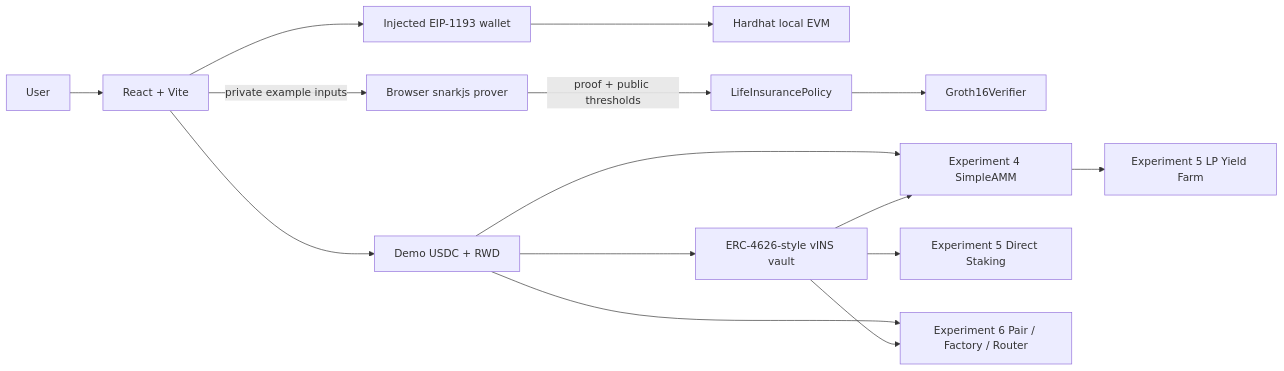
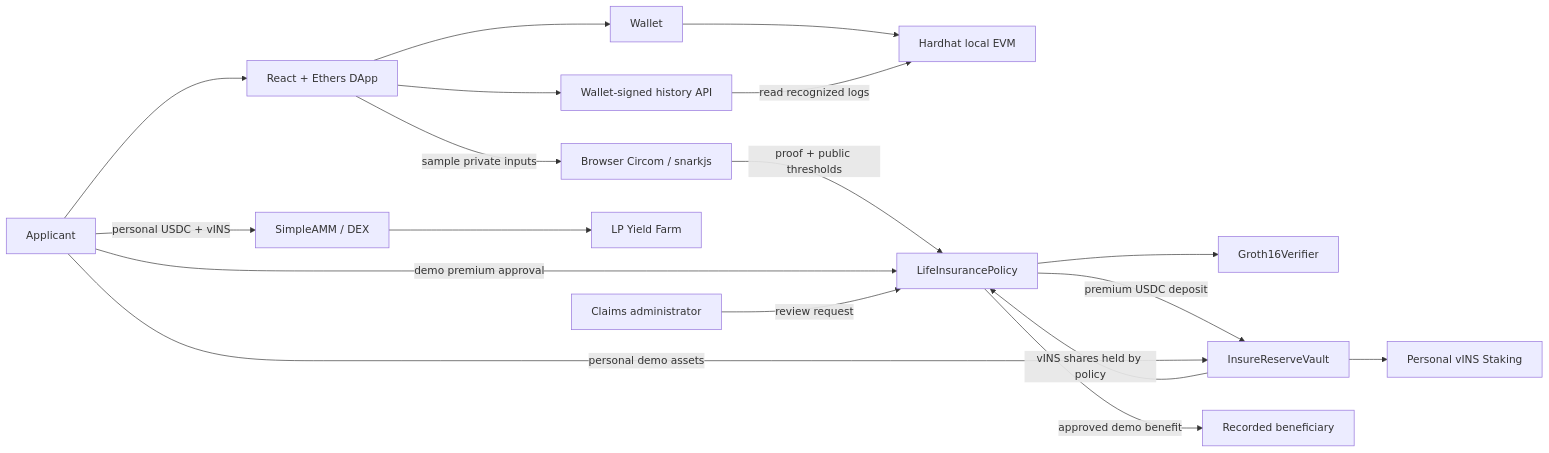
One commit to Udasi05/InsureChain changed the diagram in PROJECT_ARCHITECTURE.md. Above: the diagram before and after it, drawn with Mermaid. The commit also changed other lines of this file and 16 other files, not shown here.

````diff
--- a/PROJECT_ARCHITECTURE.md
+++ b/PROJECT_ARCHITECTURE.md
@@ -9,17 +11,20 @@
 ```mermaid
 flowchart LR
-  U[User] --> UI[React + Vite]
-  UI --> W[Injected EIP-1193 wallet]
+  U[Applicant] --> UI[React + Ethers DApp]
+  UI --> W[Wallet]
   W --> EVM[Hardhat local EVM]
-  UI -->|private example inputs| P[Browser snarkjs prover]
+  UI -->|sample private inputs| P[Browser Circom / snarkjs]
   P -->|proof + public thresholds| LI[LifeInsurancePolicy]
   LI --> V[Groth16Verifier]
-  UI --> T[Demo USDC + RWD]
-  T --> VAULT[ERC-4626-style vINS vault]
-  T --> AMM[Experiment 4 SimpleAMM]
-  VAULT --> AMM
-  AMM --> FARM[Experiment 5 LP Yield Farm]
-  VAULT --> STAKE[Experiment 5 Direct Staking]
-  T --> DEX[Experiment 6 Pair / Factory / Router]
-  VAULT --> DEX
+  U -->|demo premium approval| LI
+  LI -->|premium USDC deposit| RV[InsureReserveVault]
+  RV -->|vINS shares held by policy| LI
+  A[Claims administrator] -->|review request| LI
+  LI -->|approved demo benefit| B[Recorded beneficiary]
+  U -->|personal demo assets| RV
+  U -->|personal USDC + vINS| AMM[SimpleAMM / DEX]
+  AMM --> FARM[LP Yield Farm]
+  RV --> STAKE[Personal vINS Staking]
+  UI --> API[Wallet-signed history API]
+  API -->|read recognized logs| EVM
 ```
````
